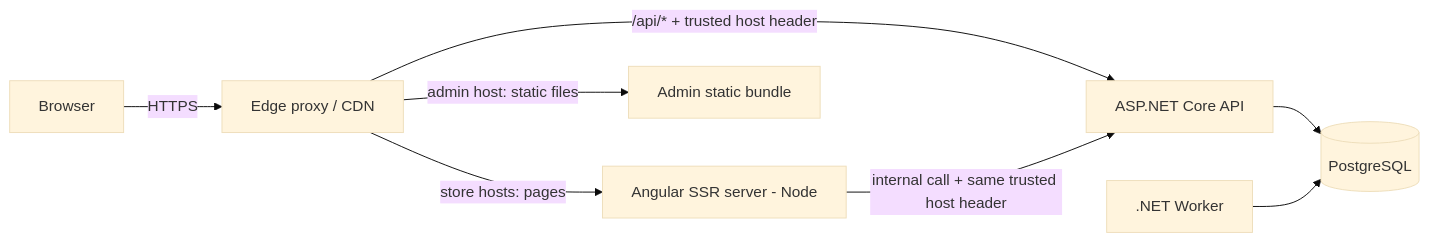
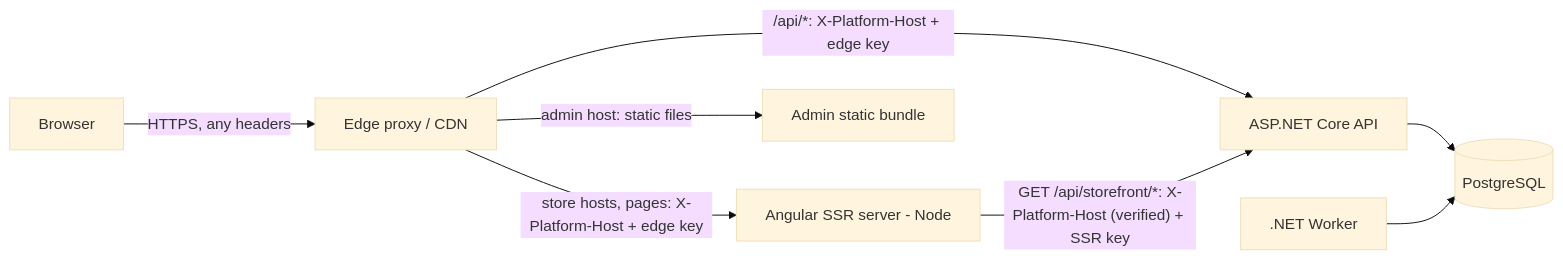
Before and after one commit to nada3ssam98/E-commerce-Platform: the diagram in docs/architecture-decisions.md, drawn with Mermaid (base theme). The commit also changed other lines of this file and 5 other files, not shown here.

First line of the commit message:
docs: apply architecture review revisions (v1.9 draft, pending approval)

````diff
--- a/docs/architecture-decisions.md
+++ b/docs/architecture-decisions.md
@@ -202,10 +221,10 @@
 ```mermaid
 flowchart LR
-  B[Browser] -->|HTTPS| E[Edge proxy / CDN]
-  E -->|"/api/* + trusted host header"| A[ASP.NET Core API]
-  E -->|"store hosts: pages"| S[Angular SSR server - Node]
+  B[Browser] -->|"HTTPS, any headers"| E[Edge proxy / CDN]
+  E -->|"/api/*: X-Platform-Host + edge key"| A[ASP.NET Core API]
+  E -->|"store hosts, pages: X-Platform-Host + edge key"| S[Angular SSR server - Node]
   E -->|"admin host: static files"| AD[Admin static bundle]
-  S -->|"internal call + same trusted host header"| A
+  S -->|"GET /api/storefront/*: X-Platform-Host (verified) + SSR key"| A
   A --> DB[(PostgreSQL)]
   W[.NET Worker] --> DB
 ```
````
